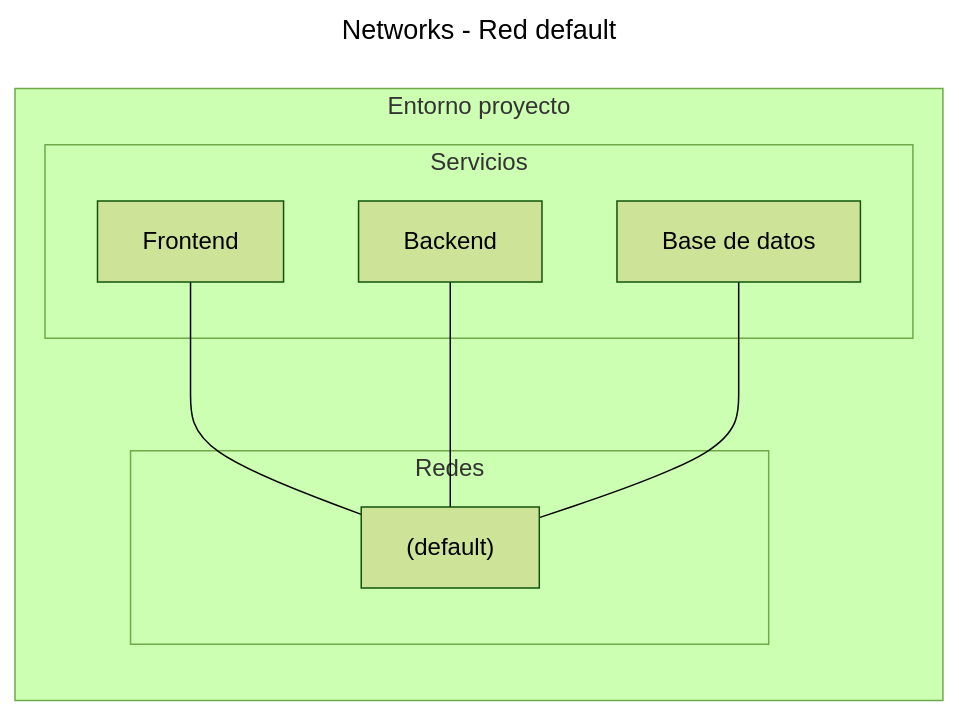
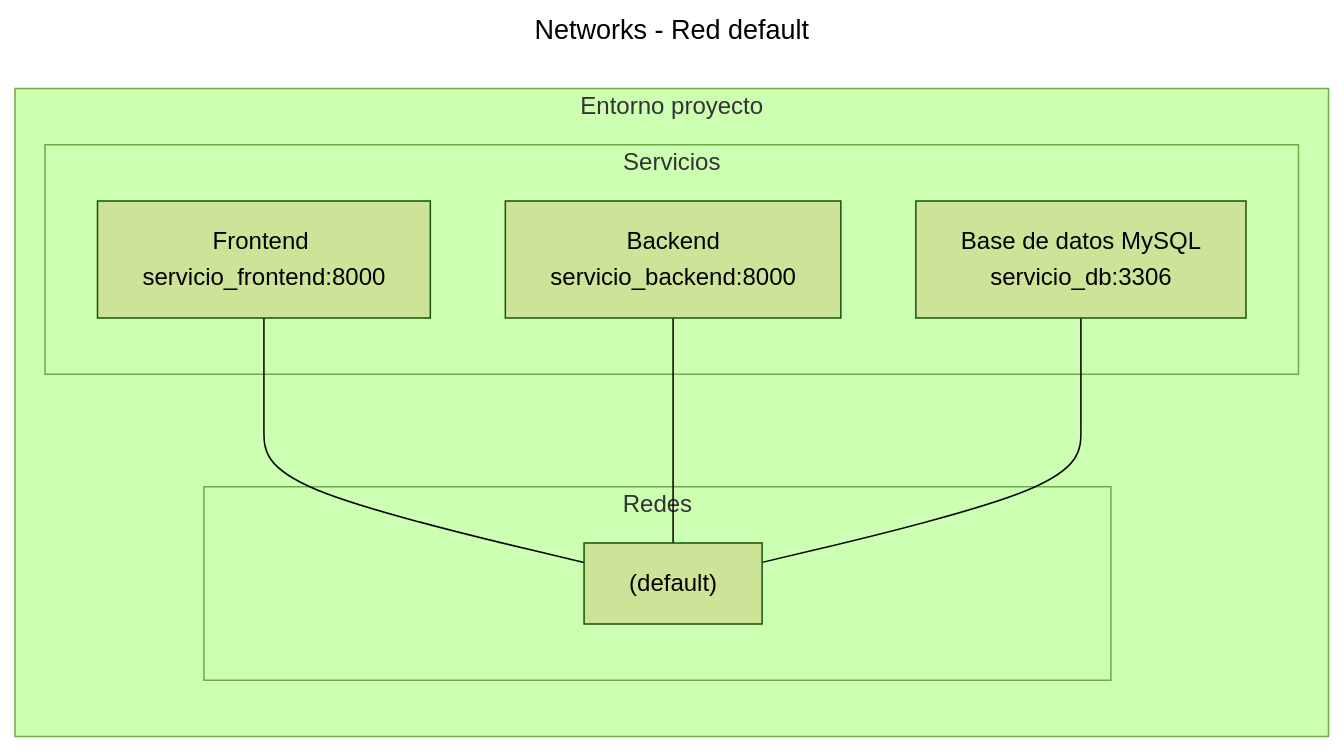
The first of 3 diagrams in docs/contenedores/networks.md (alejrot/python-docs), drawn with Mermaid (forest theme) before and after one commit. The commit also changed other lines of this file and 1 other file, not shown here.

````diff
--- a/docs/contenedores/networks.md
+++ b/docs/contenedores/networks.md
@@ -58,27 +79,30 @@
 ```mermaid
 ---
 title: "Networks - Red default"
 config:
   markdownAutoWrap: false
 ---
 flowchart LR
 
     subgraph proyecto [Entorno proyecto]
 
 
         subgraph services [Servicios]
-        front["`Frontend `"]
-        back["`Backend `"]
-        db["`Base de datos`"]
+        front["`Frontend 
+            servicio_frontend:8000`"]
+        back["`Backend
+            servicio_backend:8000`"]
+        db["`Base de datos MySQL
+            servicio_db:3306`"]
         end
 
         subgraph redes [Redes]
             red-default["(default)"]
         end
 
     end
 
     front --- red-default
     back --- red-default
     db --- red-default
 ```
````
